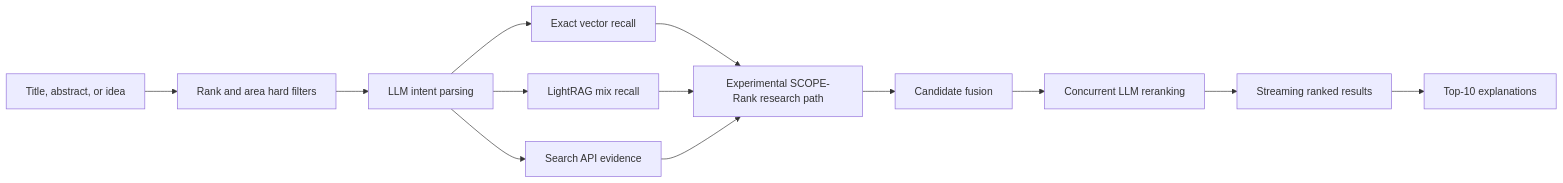
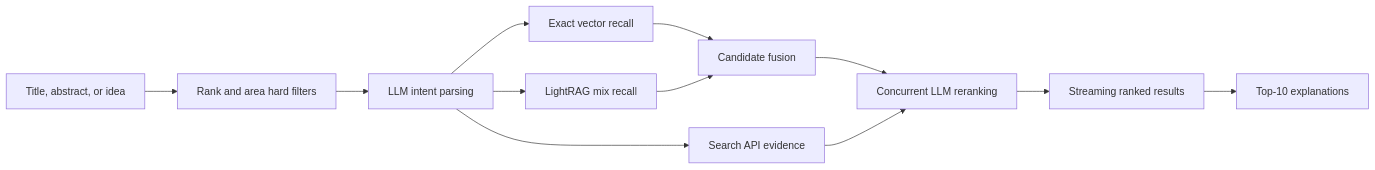
One commit to rudykon/Where_Papers_Go changed the diagram in README.md. Above: the diagram before and after it, drawn with Mermaid. The commit also changed other lines of this file and 15 other files, not shown here.

````diff
--- a/README.md
+++ b/README.md
@@ -101,15 +190,14 @@
 ```mermaid
 flowchart LR
     Q[Title, abstract, or idea] --> F[Rank and area hard filters]
     F --> I[LLM intent parsing]
     I --> V[Exact vector recall]
     I --> G[LightRAG mix recall]
     I --> S[Search API evidence]
-    V --> A[Experimental SCOPE-Rank research path]
-    G --> A
-    S --> A
-    A --> M[Candidate fusion]
+    V --> M[Candidate fusion]
+    G --> M
     M --> R[Concurrent LLM reranking]
+    S --> R
     R --> O[Streaming ranked results]
     O --> E[Top-10 explanations]
 ```
````
